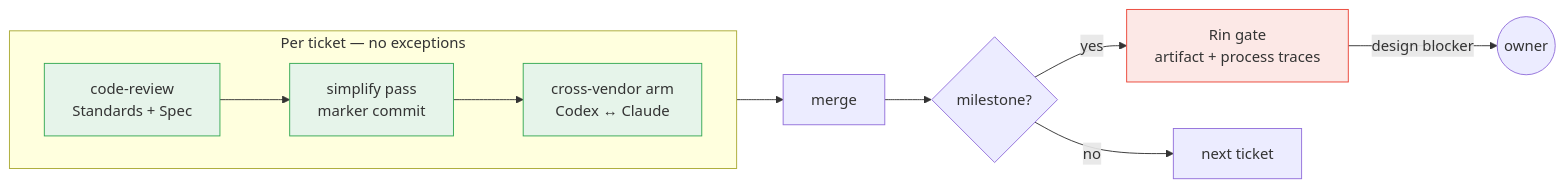
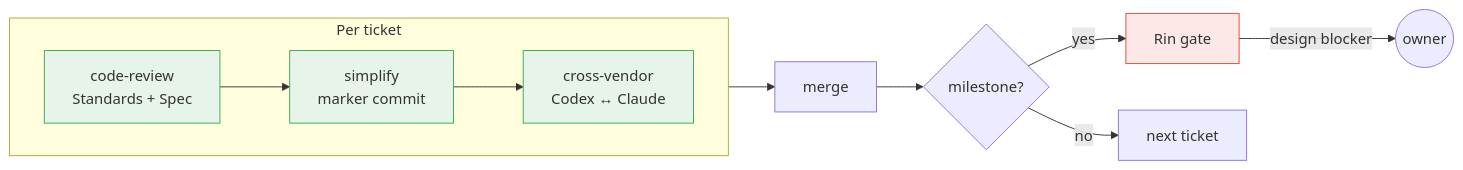
The third of 3 diagrams in README.md (thientranhung/astragentic), drawn with Mermaid before and after one commit. The commit also changed other lines of this file and 1 other file, not shown here.

````diff
--- a/README.md
+++ b/README.md
@@ -183,17 +151,17 @@
 ```mermaid
 flowchart LR
-    subgraph PT["Per ticket — no exceptions"]
+    subgraph PT["Per ticket"]
         direction LR
-        R1["code-review\nStandards + Spec"] --> R2["simplify pass\nmarker commit"] --> R3["cross-vendor arm\nCodex ↔ Claude"]
+        R1["code-review\nStandards + Spec"] --> R2["simplify\nmarker commit"] --> R3["cross-vendor\nCodex ↔ Claude"]
     end
     PT --> M["merge"]
     M --> RM{"milestone?"}
-    RM -->|yes| Rin["Rin gate\nartifact + process traces"]
+    RM -->|yes| Rin["Rin gate"]
     RM -->|no| Next["next ticket"]
     Rin -->|design blocker| Owner(("owner"))
 
     style R1 fill:#e6f4ea,stroke:#34a853
     style R2 fill:#e6f4ea,stroke:#34a853
     style R3 fill:#e6f4ea,stroke:#34a853
     style Rin fill:#fce8e6,stroke:#ea4335
 ```
````
